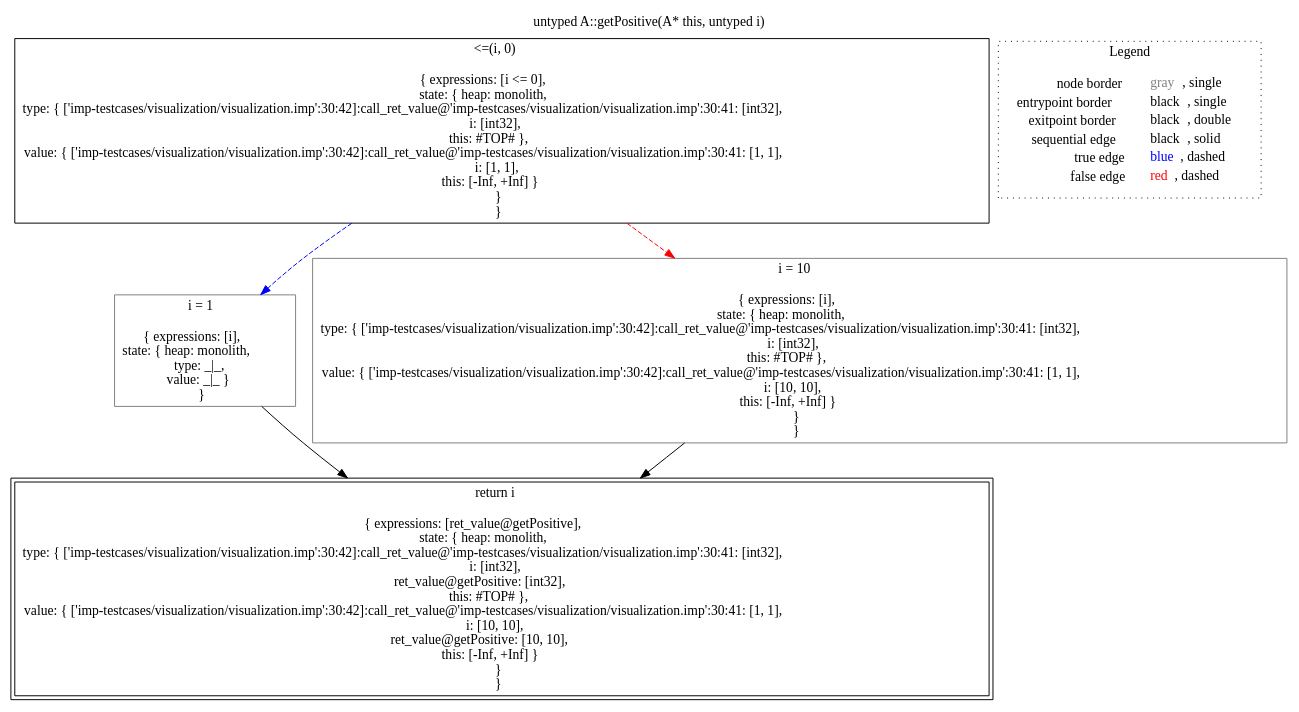
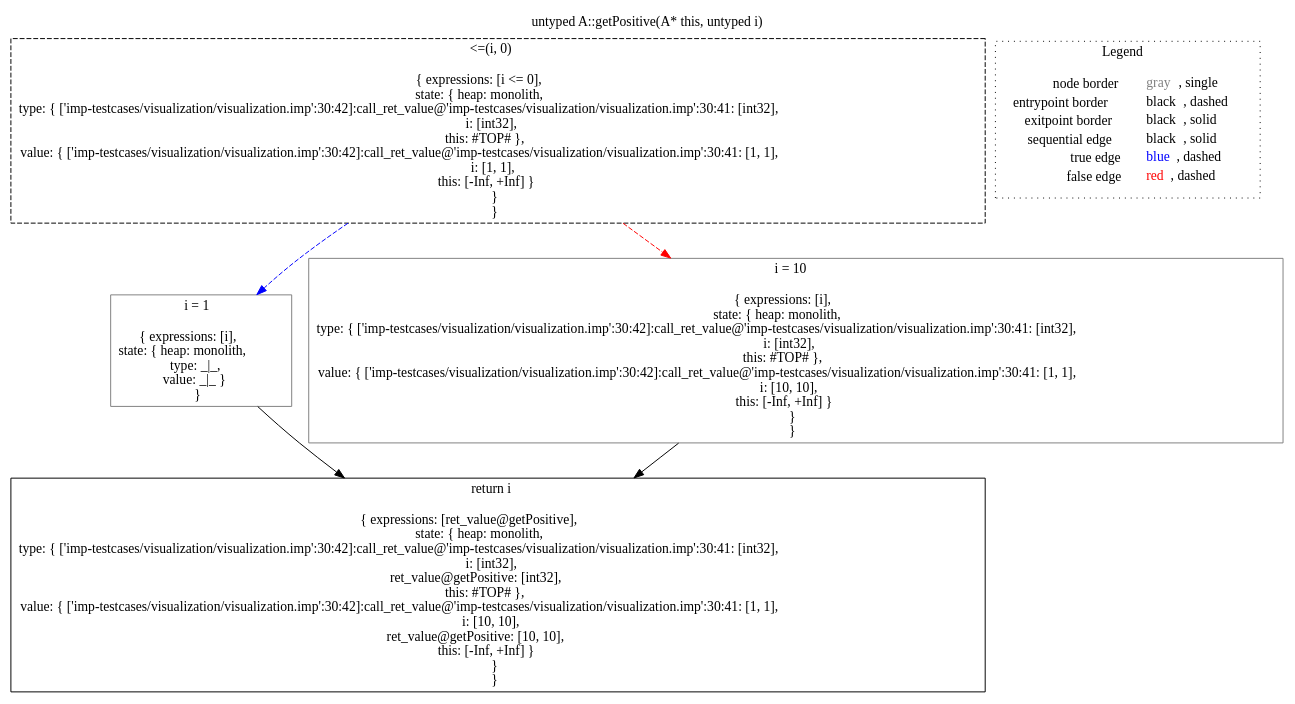
Before and after one commit to lisa-analyzer/lisa: the diagram in lisa/lisa-analyses/imp-testcases/visualization/dot/untyped_A.getPositive(A__this,_untyped_i)_-1778620222.dot, drawn with Graphviz. The commit also changed 60 other files, not shown here.

```diff
--- a/lisa/lisa-analyses/imp-testcases/visualization/dot/untyped_A.getPositive(A__this,_untyped_i)_-1778620222.dot
+++ b/lisa/lisa-analyses/imp-testcases/visualization/dot/untyped_A.getPositive(A__this,_untyped_i)_-1778620222.dot
@@ -1,19 +1,17 @@
-digraph {
-	labelloc="t";
-	label="untyped A::getPositive(A* this, untyped i)";
-	"node0" [shape="rect",color="black",label=<&lt;=(i, 0)<BR/><BR/>{ expressions: [i &lt;= 0],<BR/>state: { heap: monolith,<BR/>type: { ['imp-testcases/visualization/visualization.imp':30:42]:call_ret_value@'imp-testcases/visualization/visualization.imp':30:41: [int32],<BR/>i: [int32],<BR/>this: #TOP# },<BR/>value: { ['imp-testcases/visualization/visualization.imp':30:42]:call_ret_value@'imp-testcases/visualization/visualization.imp':30:41: [1, 1],<BR/>i: [1, 1],<BR/>this: [-Inf, +Inf] }<BR/> }<BR/> }<BR/>>];
-	"node3" [shape="rect",color="gray",label=<i = 1<BR/><BR/>{ expressions: [i],<BR/>state: { heap: monolith,<BR/>type: _|_,<BR/>value: _|_ }<BR/> }<BR/>>];
-	"node6" [shape="rect",color="gray",label=<i = 10<BR/><BR/>{ expressions: [i],<BR/>state: { heap: monolith,<BR/>type: { ['imp-testcases/visualization/visualization.imp':30:42]:call_ret_value@'imp-testcases/visualization/visualization.imp':30:41: [int32],<BR/>i: [int32],<BR/>this: #TOP# },<BR/>value: { ['imp-testcases/visualization/visualization.imp':30:42]:call_ret_value@'imp-testcases/visualization/visualization.imp':30:41: [1, 1],<BR/>i: [10, 10],<BR/>this: [-Inf, +Inf] }<BR/> }<BR/> }<BR/>>];
-	"node9" [shape="rect",color="black",peripheries="2",label=<return i<BR/><BR/>{ expressions: [ret_value@getPositive],<BR/>state: { heap: monolith,<BR/>type: { ['imp-testcases/visualization/visualization.imp':30:42]:call_ret_value@'imp-testcases/visualization/visualization.imp':30:41: [int32],<BR/>i: [int32],<BR/>ret_value@getPositive: [int32],<BR/>this: #TOP# },<BR/>value: { ['imp-testcases/visualization/visualization.imp':30:42]:call_ret_value@'imp-testcases/visualization/visualization.imp':30:41: [1, 1],<BR/>i: [10, 10],<BR/>ret_value@getPositive: [10, 10],<BR/>this: [-Inf, +Inf] }<BR/> }<BR/> }<BR/>>];
-	"node0" -> "node3" [color="blue",style="dashed"];
-	"node0" -> "node6" [color="red",style="dashed"];
-	"node3" -> "node9" [color="black"];
-	"node6" -> "node9" [color="black"];
-subgraph cluster_legend {
-	label="Legend";
-	style=dotted;
-	node [shape=plaintext];
-	"legend" [label=<<table border="0" cellpadding="2" cellspacing="0" cellborder="0"><tr><td align="right">node border&nbsp;</td><td align="left"><font color="gray">gray</font>, single</td></tr><tr><td align="right">entrypoint border&nbsp;</td><td align="left"><font color="black">black</font>, single</td></tr><tr><td align="right">exitpoint border&nbsp;</td><td align="left"><font color="black">black</font>, double</td></tr><tr><td align="right">sequential edge&nbsp;</td><td align="left"><font color="black">black</font>, solid</td></tr><tr><td align="right">true edge&nbsp;</td><td align="left"><font color="blue">blue</font>, dashed</td></tr><tr><td align="right">false edge&nbsp;</td><td align="left"><font color="red">red</font>, dashed</td></tr></table>>];
+digraph "untyped A::getPositive(A* this, untyped i)" {
+edge ["dir"="forward"]
+graph ["label"="untyped A::getPositive(A* this, untyped i)","labelloc"="t"]
+"node0" ["label"=<&lt;=(i, 0)<br/><br/>{ expressions: [i &lt;= 0],<br/>state: { heap: monolith,<br/>type: { ['imp-testcases/visualization/visualization.imp':30:42]:call_ret_value@'imp-testcases/visualization/visualization.imp':30:41: [int32],<br/>i: [int32],<br/>this: #TOP# },<br/>value: { ['imp-testcases/visualization/visualization.imp':30:42]:call_ret_value@'imp-testcases/visualization/visualization.imp':30:41: [1, 1],<br/>i: [1, 1],<br/>this: [-Inf, +Inf] }<br/> }<br/> }<br/>>,"shape"="rect","id"="node0","color"="black","style"="dashed"]
+"node3" ["label"=<i = 1<br/><br/>{ expressions: [i],<br/>state: { heap: monolith,<br/>type: _|_,<br/>value: _|_ }<br/> }<br/>>,"shape"="rect","id"="node3","color"="gray"]
+"node6" ["label"=<i = 10<br/><br/>{ expressions: [i],<br/>state: { heap: monolith,<br/>type: { ['imp-testcases/visualization/visualization.imp':30:42]:call_ret_value@'imp-testcases/visualization/visualization.imp':30:41: [int32],<br/>i: [int32],<br/>this: #TOP# },<br/>value: { ['imp-testcases/visualization/visualization.imp':30:42]:call_ret_value@'imp-testcases/visualization/visualization.imp':30:41: [1, 1],<br/>i: [10, 10],<br/>this: [-Inf, +Inf] }<br/> }<br/> }<br/>>,"shape"="rect","id"="node6","color"="gray"]
+"node9" ["label"=<return i<br/><br/>{ expressions: [ret_value@getPositive],<br/>state: { heap: monolith,<br/>type: { ['imp-testcases/visualization/visualization.imp':30:42]:call_ret_value@'imp-testcases/visualization/visualization.imp':30:41: [int32],<br/>i: [int32],<br/>ret_value@getPositive: [int32],<br/>this: #TOP# },<br/>value: { ['imp-testcases/visualization/visualization.imp':30:42]:call_ret_value@'imp-testcases/visualization/visualization.imp':30:41: [1, 1],<br/>i: [10, 10],<br/>ret_value@getPositive: [10, 10],<br/>this: [-Inf, +Inf] }<br/> }<br/> }<br/>>,"shape"="rect","id"="node9","color"="black"]
+subgraph "cluster_legend" {
+edge ["dir"="none"]
+graph ["label"=<Legend>,"style"="dotted"]
+"legend" ["label"=<<table border="0" cellpadding="2" cellspacing="0" cellborder="0"><tr><td align="right">node border&nbsp;</td><td align="left"><font color="gray">gray</font>, single</td></tr><tr><td align="right">entrypoint border&nbsp;</td><td align="left"><font color="black">black</font>, dashed</td></tr><tr><td align="right">exitpoint border&nbsp;</td><td align="left"><font color="black">black</font>, solid</td></tr><tr><td align="right">sequential edge&nbsp;</td><td align="left"><font color="black">black</font>, solid</td></tr><tr><td align="right">true edge&nbsp;</td><td align="left"><font color="blue">blue</font>, dashed</td></tr><tr><td align="right">false edge&nbsp;</td><td align="left"><font color="red">red</font>, dashed</td></tr></table>>,"shape"="none"]
 }
-
+"node0" -> "node6" ["style"="dashed","color"="red"]
+"node0" -> "node3" ["style"="dashed","color"="blue"]
+"node3" -> "node9" ["color"="black"]
+"node6" -> "node9" ["color"="black"]
 }
```
